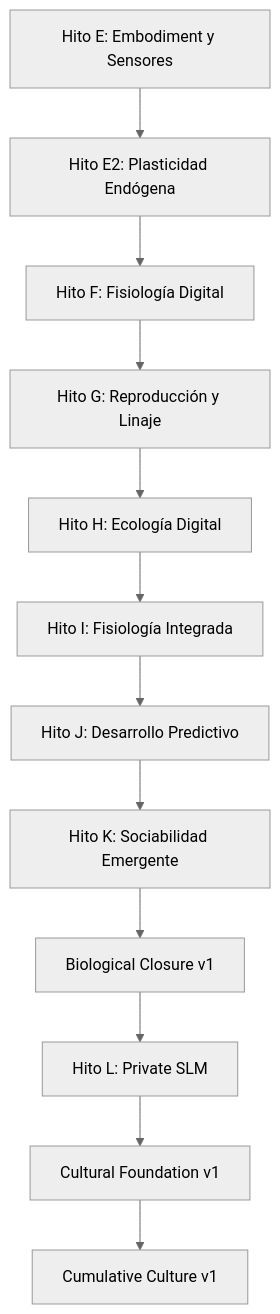
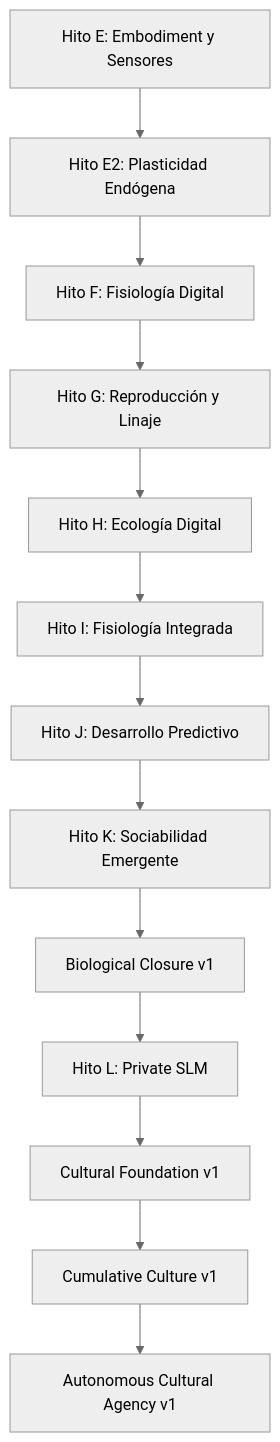
One commit to alessbarb/symbiont-lab changed the diagram in docs/design/README.md. Above: the diagram before and after it, drawn with Mermaid (neutral theme). The commit also changed other lines of this file and 4 other files, not shown here.

Commit message:
docs(research): record autonomous cultural agency outcome

````diff
--- a/docs/design/README.md
+++ b/docs/design/README.md
@@ -16,13 +16,14 @@
 ```mermaid
 flowchart TD
     E["Hito E: Embodiment y Sensores"] --> E2["Hito E2: Plasticidad Endógena"]
     E2 --> F["Hito F: Fisiología Digital"]
     F --> G["Hito G: Reproducción y Linaje"]
     G --> H["Hito H: Ecología Digital"]
     H --> I["Hito I: Fisiología Integrada"]
     I --> J["Hito J: Desarrollo Predictivo"]
     J --> K["Hito K: Sociabilidad Emergente"]
     K --> BC["Biological Closure v1"]
     BC --> L["Hito L: Private SLM"]
     L --> CF["Cultural Foundation v1"] --> C["Cumulative Culture v1"]
+    C --> ACA["Autonomous Cultural Agency v1"]
 ```
````
